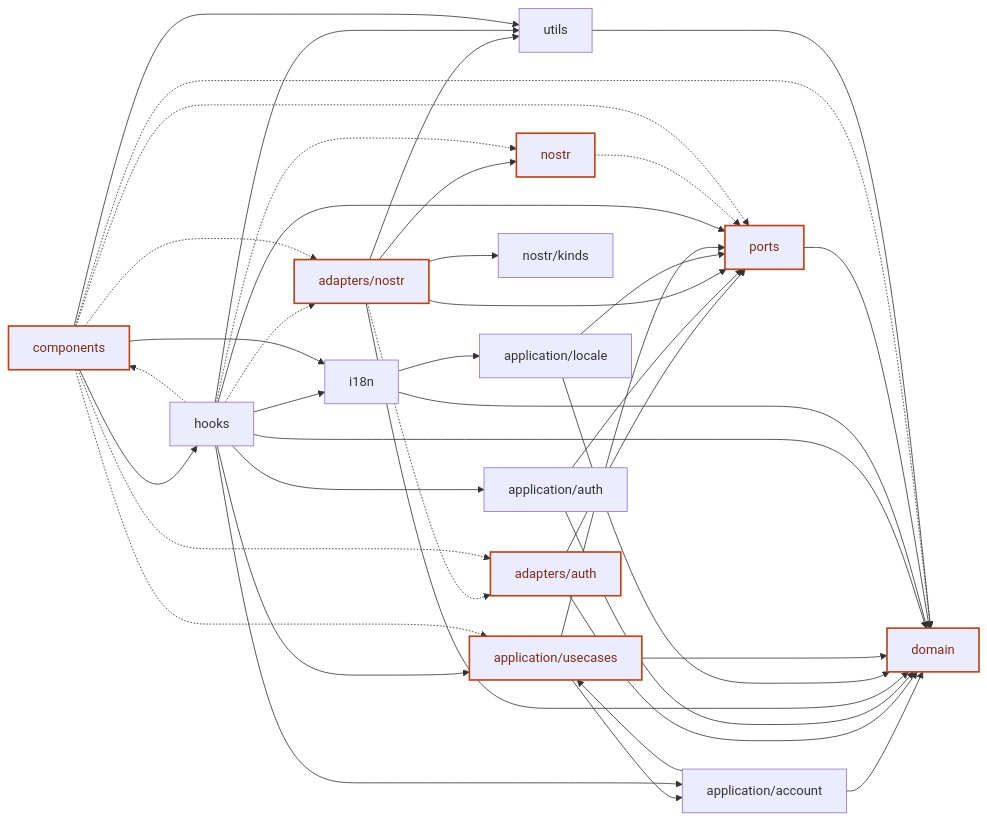
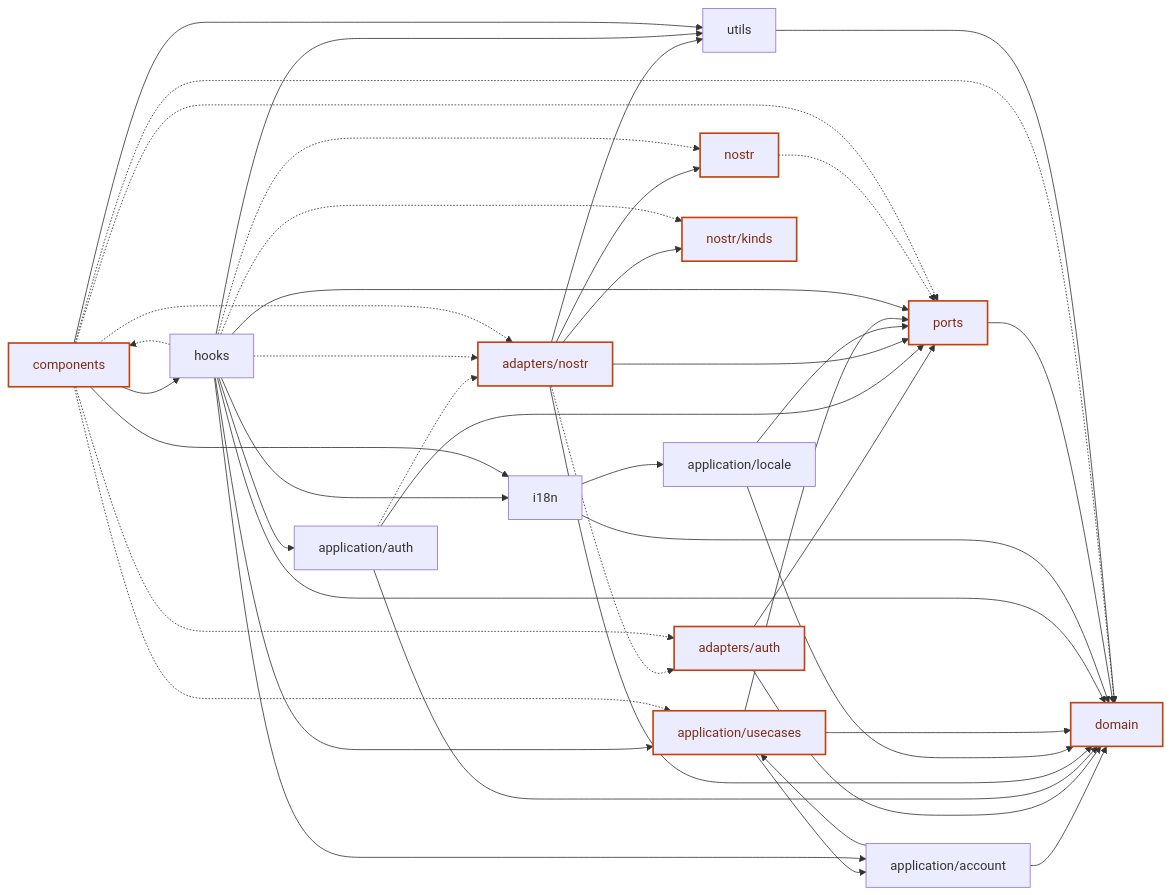
Before and after one commit to chuckis/tutorstr: the diagram in README.md, drawn with Mermaid. The commit also changed other lines of this file and 3 other files, not shown here.

````diff
--- a/README.md
+++ b/README.md
@@ -61,61 +82,63 @@
 ```mermaid
 flowchart LR
   UI[components]
   H[hooks]
   A[application/usecases]
   AA[application/auth]
   AACC[application/account]
   ALOC[application/locale]
   P[ports]
   D[domain]
   AD[adapters/nostr]
   AAUTH[adapters/auth]
   N[nostr]
   NK[nostr/kinds]
   U[utils]
   I[i18n]
 
   AACC --> A
   AACC --> D
   AAUTH --> D
   AAUTH --> P
+  AA -.-> AD
   AA --> D
   AA --> P
   AD -.-> AAUTH
   AD --> D
   AD --> N
   AD --> NK
   AD --> P
   AD --> U
   ALOC --> D
   ALOC --> P
   A --> AACC
   A --> D
   A --> P
   H --> A
   H --> AA
   H --> AACC
   H -.-> AD
   H --> D
   H --> I
   H -.-> N
+  H -.-> NK
   H --> P
   H --> U
   H -.-> UI
   I --> ALOC
   I --> D
   N -.-> P
   P --> D
   UI -.-> A
   UI -.-> AAUTH
   UI -.-> AD
   UI -.-> D
   UI --> H
   UI --> I
   UI -.-> P
   UI --> U
   U --> D
 
   classDef leak stroke:#c2410c,stroke-width:2px,color:#7c2d12;
-  class A,AAUTH,AD,D,N,P,UI leak;
+  class A,AAUTH,AD,D,N,NK,P,UI leak;
 ```
````
